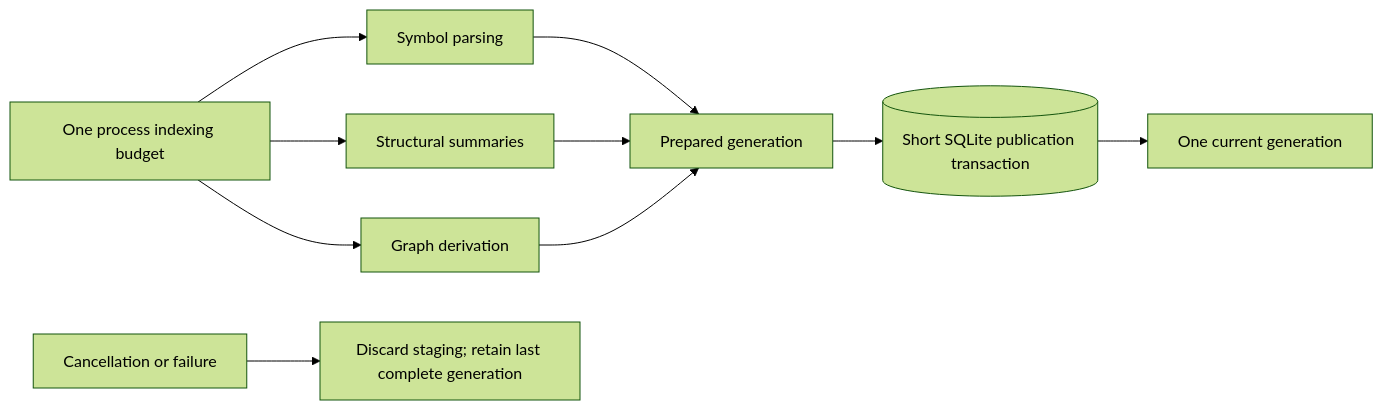
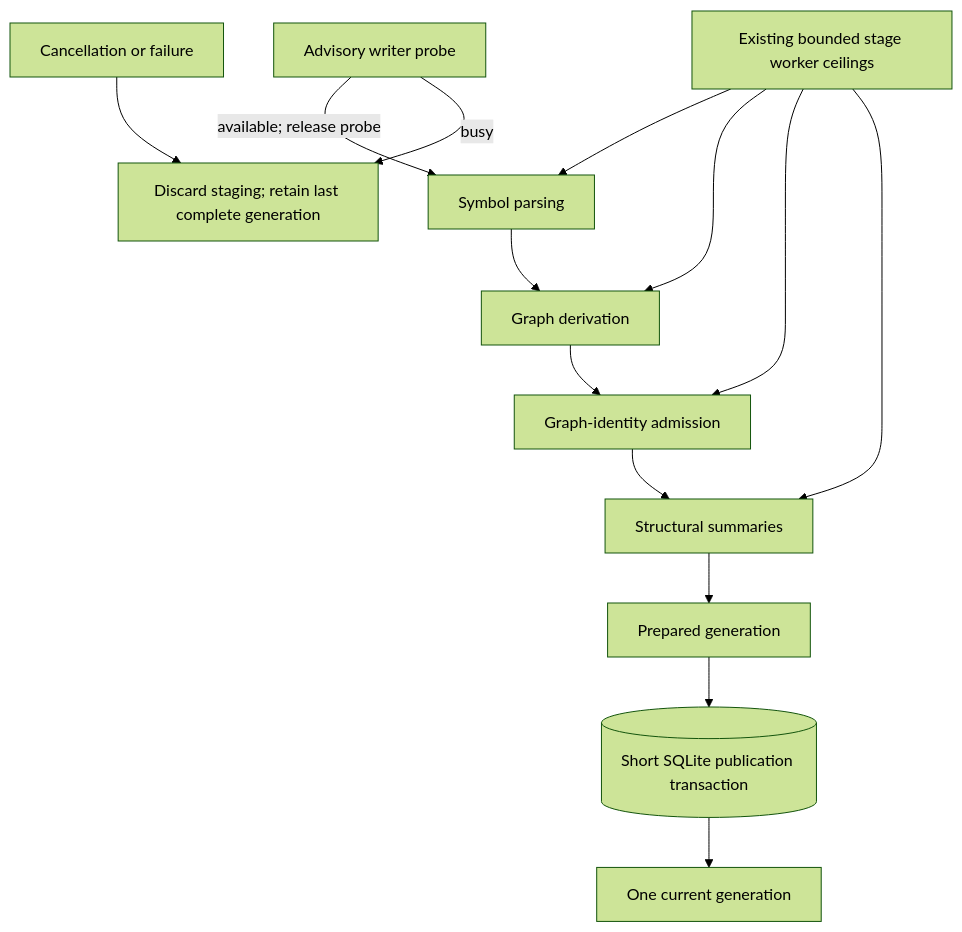
The fifth of 28 diagrams in docs/v050-release-architecture.md (styler-ai/ProjectAtlas), drawn with Mermaid (forest theme) before and after one commit. The commit also changed other lines of this file and 16 other files, not shown here.

````diff
--- a/docs/v050-release-architecture.md
+++ b/docs/v050-release-architecture.md
@@ -84,12 +84,16 @@
 ```mermaid
-flowchart LR
-    budget[One process indexing budget] --> parse[Symbol parsing]
+flowchart TB
+    probe[Advisory writer probe] -->|available; release probe| parse
+    probe -->|busy| cleanup
+    budget[Existing bounded stage worker ceilings] --> parse[Symbol parsing]
+    budget --> derive[Graph derivation]
+    budget --> admission[Graph-identity admission]
     budget --> summaries[Structural summaries]
-    budget --> relations[Graph derivation]
-    parse --> staged[Prepared generation]
-    summaries --> staged
-    relations --> staged
+    parse --> derive
+    derive --> admission
+    admission --> summaries
+    summaries --> staged[Prepared generation]
     staged --> tx[(Short SQLite publication transaction)]
     tx --> current[One current generation]
     cancel[Cancellation or failure] --> cleanup[Discard staging; retain last complete generation]
 ```
````
